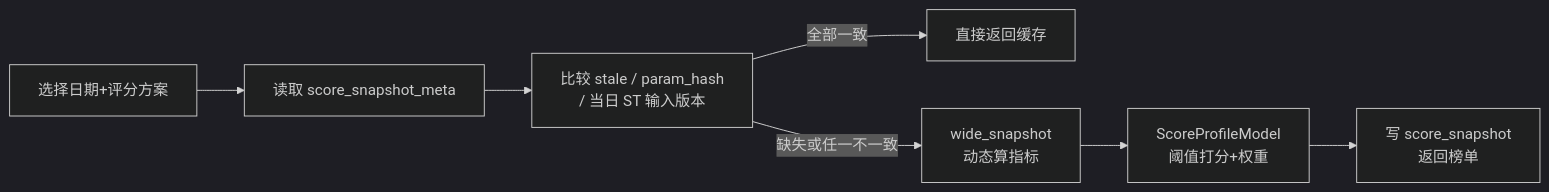
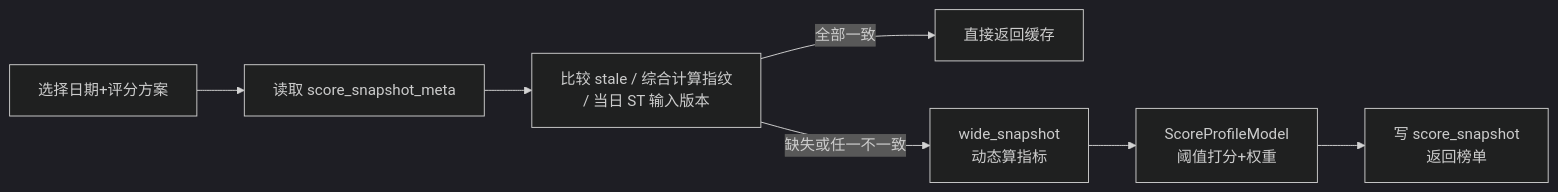
The first of 2 diagrams in agent-works/architecture/screening-and-board.md (fulin-peng-ydxs/ai-stocks), drawn with Mermaid (dark theme) before and after one commit. The commit also changed other lines of this file and 19 other files, not shown here.

````diff
--- a/agent-works/architecture/screening-and-board.md
+++ b/agent-works/architecture/screening-and-board.md
@@ -89,9 +89,9 @@
 ```mermaid
 flowchart LR
   A["选择日期+评分方案"] --> B["读取 score_snapshot_meta"]
-  B --> V["比较 stale / param_hash\n/ 当日 ST 输入版本"]
+  B --> V["比较 stale / 综合计算指纹\n/ 当日 ST 输入版本"]
   V -->|全部一致| C["直接返回缓存"]
   V -->|缺失或任一不一致| D["wide_snapshot\n动态算指标"]
   D --> E["ScoreProfileModel\n阈值打分+权重"]
   E --> F["写 score_snapshot\n返回榜单"]
 ```
````
